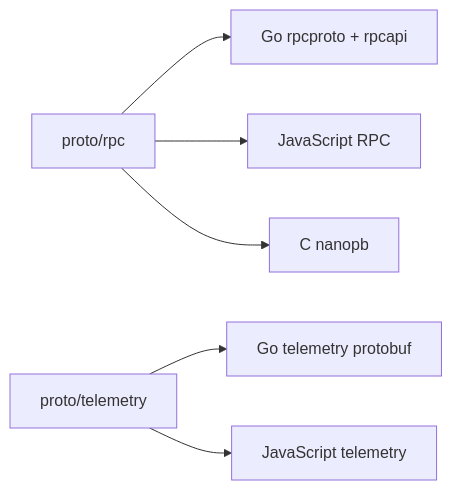
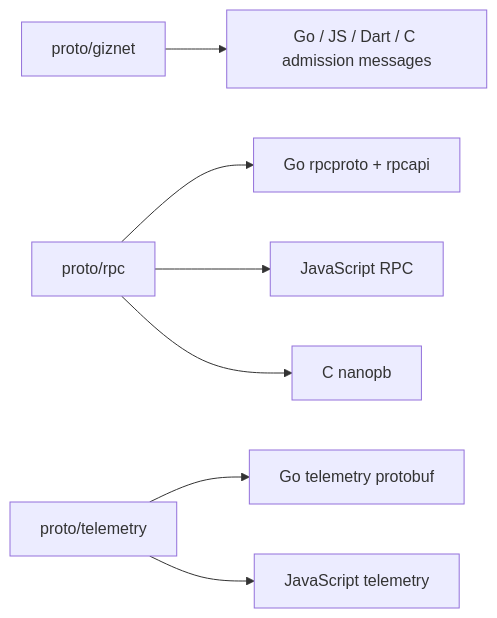
The diagram in guides/en/developing/api/proto/overview.md (GizClaw/gizclaw), drawn with Mermaid before and after one commit. The commit also changed other lines of this file and 152 other files, not shown here.

````diff
--- a/guides/en/developing/api/proto/overview.md
+++ b/guides/en/developing/api/proto/overview.md
@@ -24,8 +28,9 @@
 ```mermaid
 flowchart LR
+    Admission["proto/giznet"] --> AdmissionSDK["Go / JS / Dart / C admission messages"]
     RPC["proto/rpc"] --> GoRPC["Go rpcproto + rpcapi"]
     RPC --> JSRPC["JavaScript RPC"]
     RPC --> CSDK["C nanopb"]
     Telemetry["proto/telemetry"] --> GoTelemetry["Go telemetry protobuf"]
     Telemetry --> JSTelemetry["JavaScript telemetry"]
 ```
````
